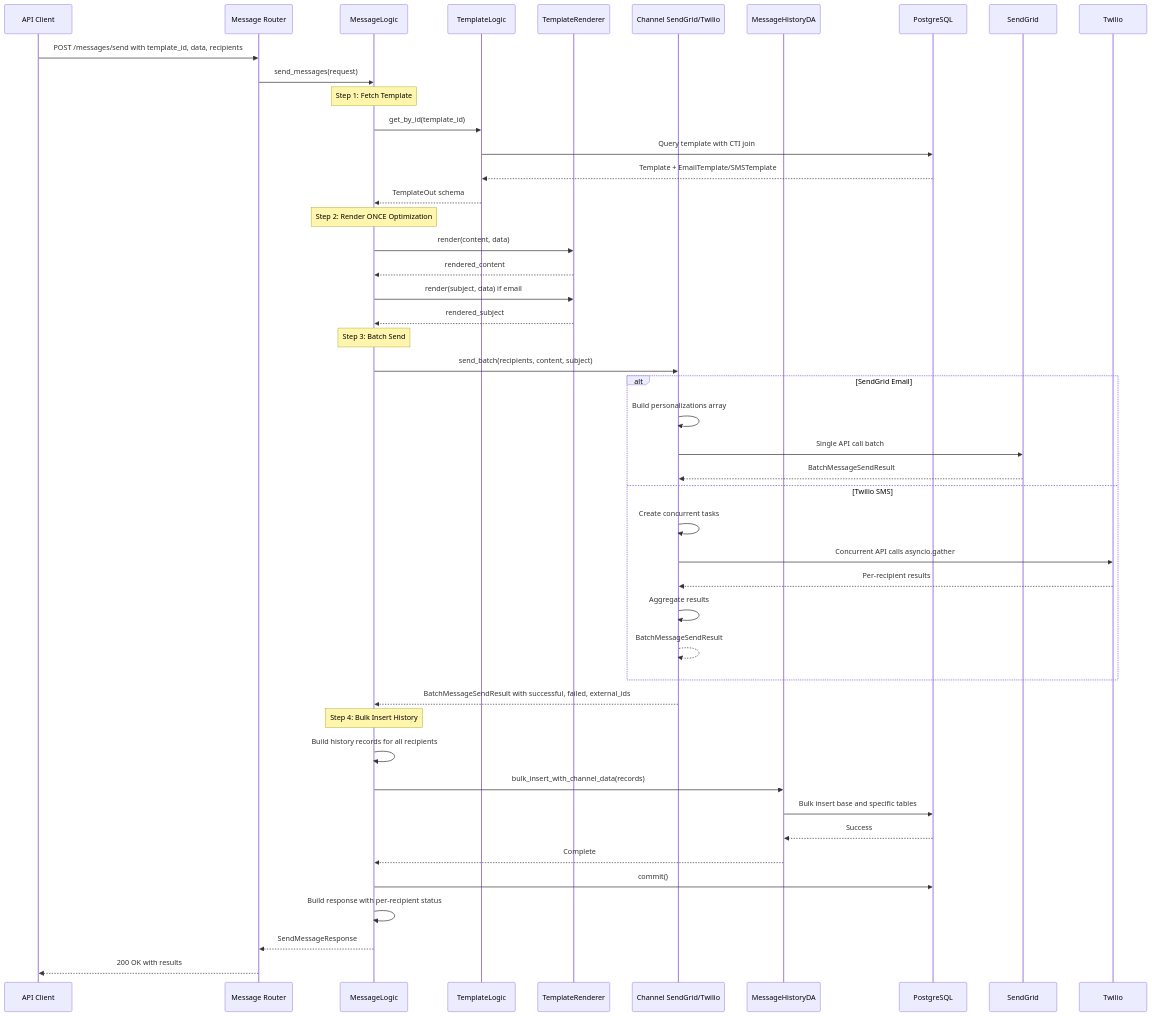
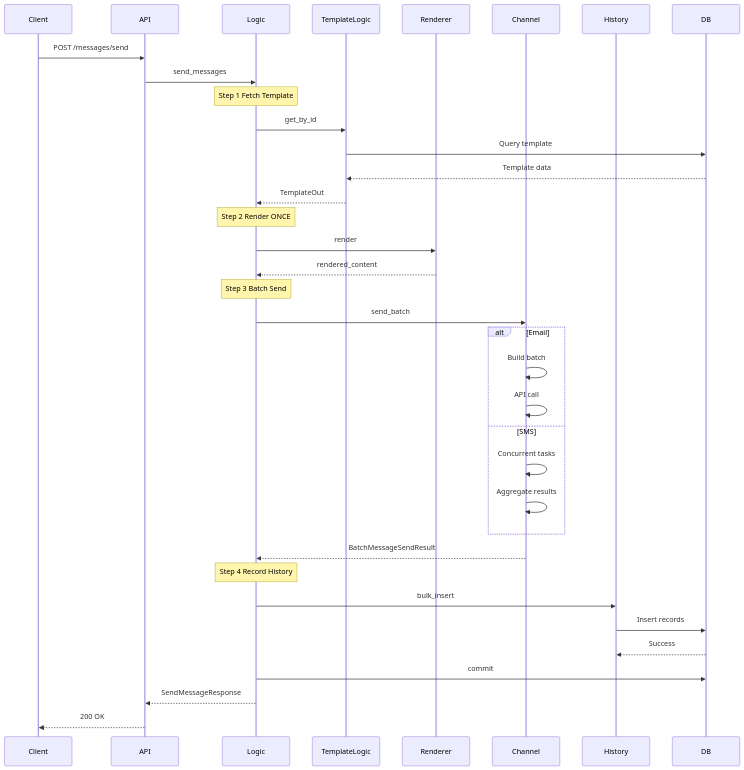
The second of 4 diagrams in README.md (avivohayon/Communications-Templates-API), drawn with Mermaid before and after one commit. The commit also changed other lines of this file and 4 other files, not shown here.

First line of the commit message:
feat: adding FE UI UI allow to: - create template - preview template - send template

````diff
--- a/README.md
+++ b/README.md
@@ -188,55 +188,46 @@
 ```mermaid
 sequenceDiagram
-    participant Client as API Client
-    participant API as Message Router
-    participant Logic as MessageLogic
-    participant TemplateLogic as TemplateLogic
-    participant Renderer as TemplateRenderer
-    participant Channel as Channel SendGrid/Twilio
-    participant History as MessageHistoryDA
-    participant DB as PostgreSQL
+    participant Client
+    participant API
+    participant Logic
+    participant TemplateLogic
+    participant Renderer
+    participant Channel
+    participant History
+    participant DB
     
-    Client->>API: POST /messages/send with template_id, data, recipients
-    API->>Logic: send_messages(request)
+    Client->>API: POST /messages/send
+    API->>Logic: send_messages
     
-    Note over Logic: Step 1: Fetch Template
-    Logic->>TemplateLogic: get_by_id(template_id)
-    TemplateLogic->>DB: Query template with CTI join
-    DB-->>TemplateLogic: Template + EmailTemplate/SMSTemplate
-    TemplateLogic-->>Logic: TemplateOut schema
+    Note over Logic: Step 1 Fetch Template
+    Logic->>TemplateLogic: get_by_id
+    TemplateLogic->>DB: Query template
+    DB-->>TemplateLogic: Template data
+    TemplateLogic-->>Logic: TemplateOut
     
-    Note over Logic: Step 2: Render ONCE Optimization
-    Logic->>Renderer: render(content, data)
+    Note over Logic: Step 2 Render ONCE
+    Logic->>Renderer: render
     Renderer-->>Logic: rendered_content
-    Logic->>Renderer: render(subject, data) if email
-    Renderer-->>Logic: rendered_subject
     
-    Note over Logic: Step 3: Batch Send
-    Logic->>Channel: send_batch(recipients, content, subject)
+    Note over Logic: Step 3 Batch Send
+    Logic->>Channel: send_batch
     
-    alt SendGrid Email
-        Channel->>Channel: Build personalizations array
-        Channel->>SendGrid: Single API call batch
-        SendGrid-->>Channel: BatchMessageSendResult
-    else Twilio SMS
-        Channel->>Channel: Create concurrent tasks
-        Channel->>Twilio: Concurrent API calls asyncio.gather
-        Twilio-->>Channel: Per-recipient results
+    alt Email
+        Channel->>Channel: Build batch
+        Channel->>Channel: API call
+    else SMS
+        Channel->>Channel: Concurrent tasks
         Channel->>Channel: Aggregate results
-        Channel-->>Channel: BatchMessageSendResult
     end
     
-    Channel-->>Logic: BatchMessageSendResult with successful, failed, external_ids
+    Channel-->>Logic: BatchMessageSendResult
     
-    Note over Logic: Step 4: Bulk Insert History
-    Logic->>Logic: Build history records for all recipients
-    Logic->>History: bulk_insert_with_channel_data(records)
-    History->>DB: Bulk insert base and specific tables
+    Note over Logic: Step 4 Record History
+    Logic->>History: bulk_insert
+    History->>DB: Insert records
     DB-->>History: Success
-    History-->>Logic: Complete
     
-    Logic->>DB: commit()
-    Logic->>Logic: Build response with per-recipient status
+    Logic->>DB: commit
     Logic-->>API: SendMessageResponse
-    API-->>Client: 200 OK with results
+    API-->>Client: 200 OK
 ```
````
